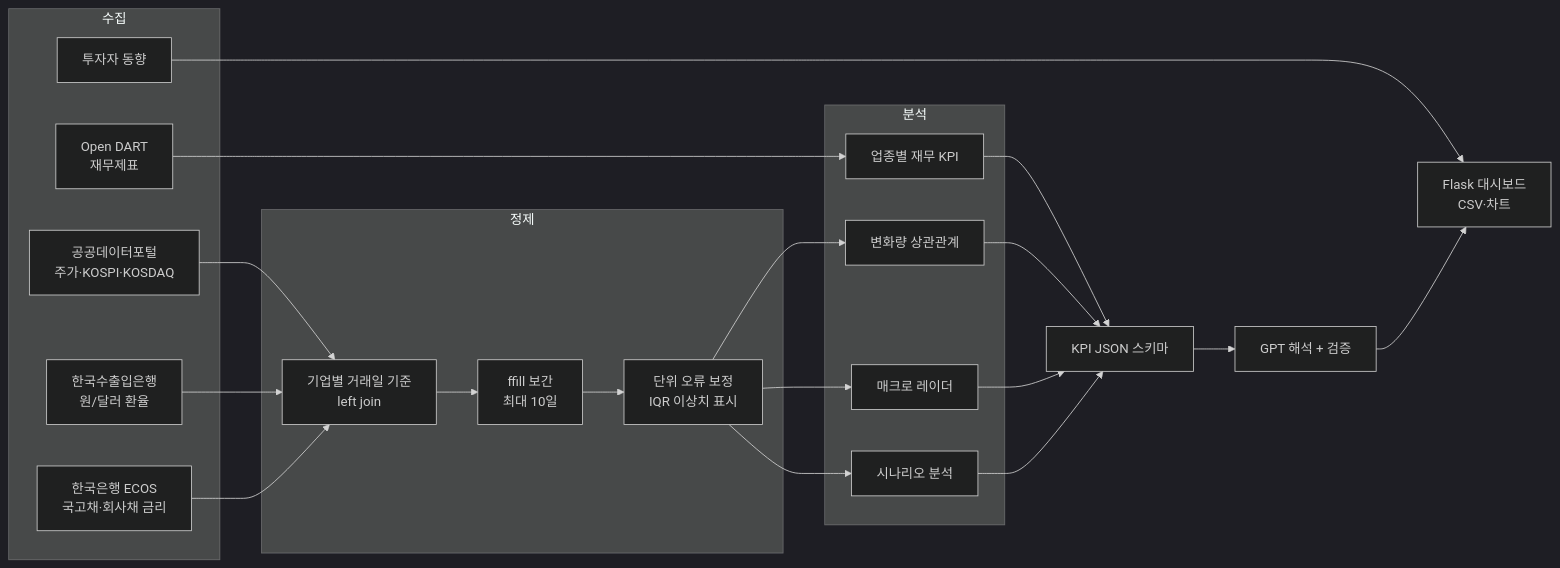
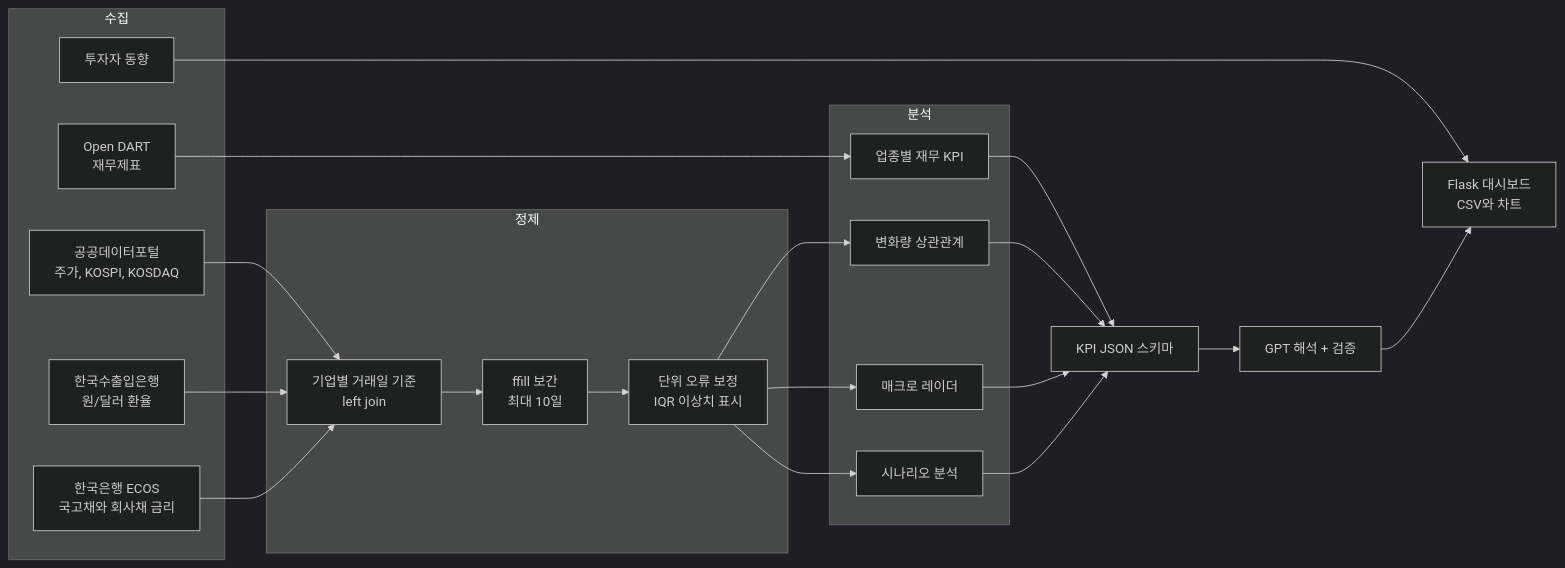
One commit to David9733/financial_analysis changed the diagram in README.md. Above: the diagram before and after it, drawn with Mermaid (dark theme). The commit also changed other lines of this file and 2 other files, not shown here.

````diff
--- a/README.md
+++ b/README.md
@@ -42,26 +42,26 @@
 ```mermaid
 flowchart LR
     subgraph 수집
         A1[Open DART<br/>재무제표]
-        A2[공공데이터포털<br/>주가·KOSPI·KOSDAQ]
+        A2[공공데이터포털<br/>주가, KOSPI, KOSDAQ]
         A3[한국수출입은행<br/>원/달러 환율]
-        A4[한국은행 ECOS<br/>국고채·회사채 금리]
+        A4[한국은행 ECOS<br/>국고채와 회사채 금리]
         A5[투자자 동향]
     end
     subgraph 정제
         B1[기업별 거래일 기준<br/>left join]
         B2[ffill 보간<br/>최대 10일]
         B3[단위 오류 보정<br/>IQR 이상치 표시]
     end
     subgraph 분석
         C1[업종별 재무 KPI]
         C2[변화량 상관관계]
         C3[매크로 레이더]
         C4[시나리오 분석]
     end
     A1 --> C1
     A2 & A3 & A4 --> B1 --> B2 --> B3 --> C2 & C3 & C4
     C1 & C2 & C3 & C4 --> D[KPI JSON 스키마]
     A5 --> E
-    D --> G[GPT 해석 + 검증] --> E[Flask 대시보드<br/>CSV·차트]
+    D --> G[GPT 해석 + 검증] --> E[Flask 대시보드<br/>CSV와 차트]
 ```
````
